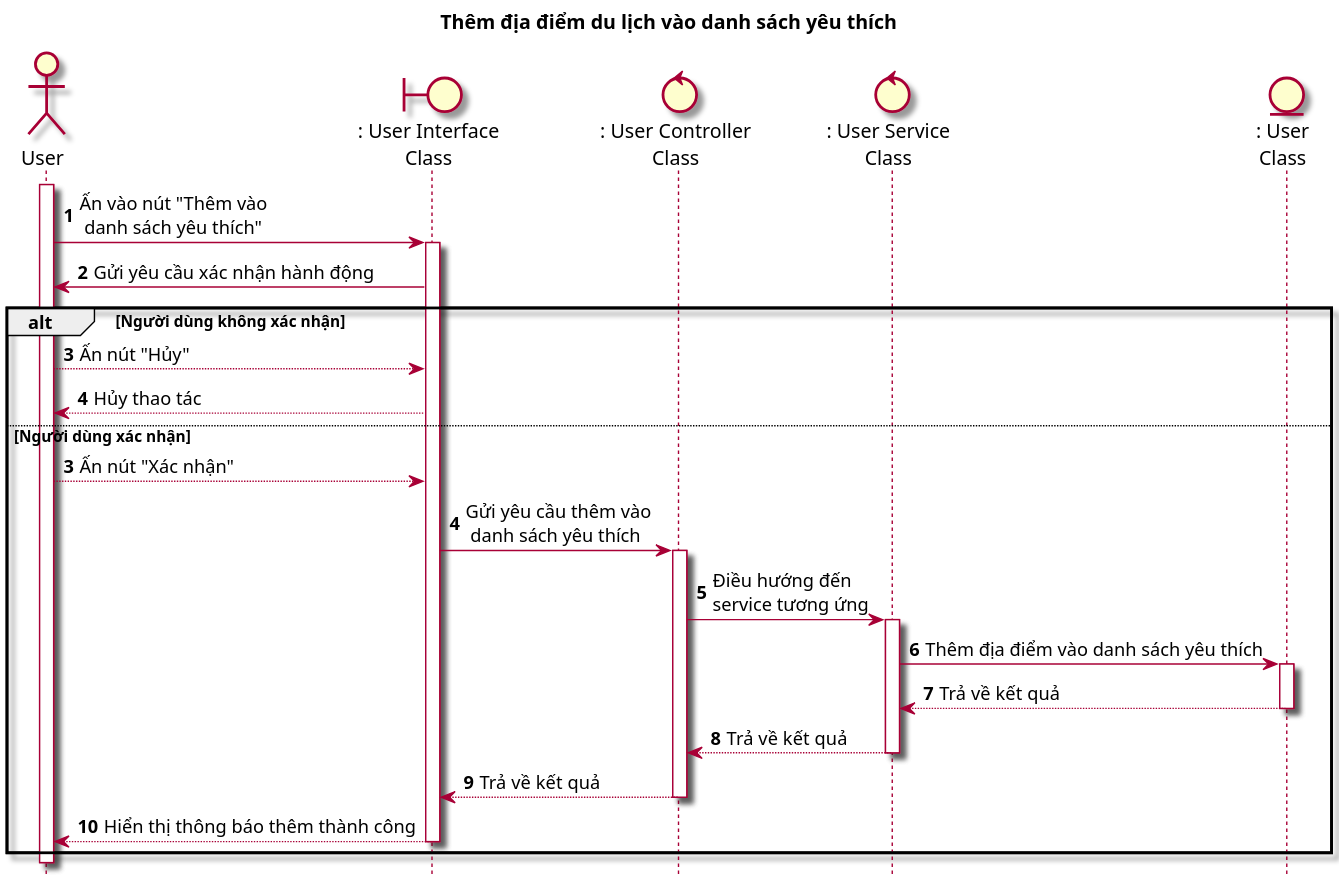
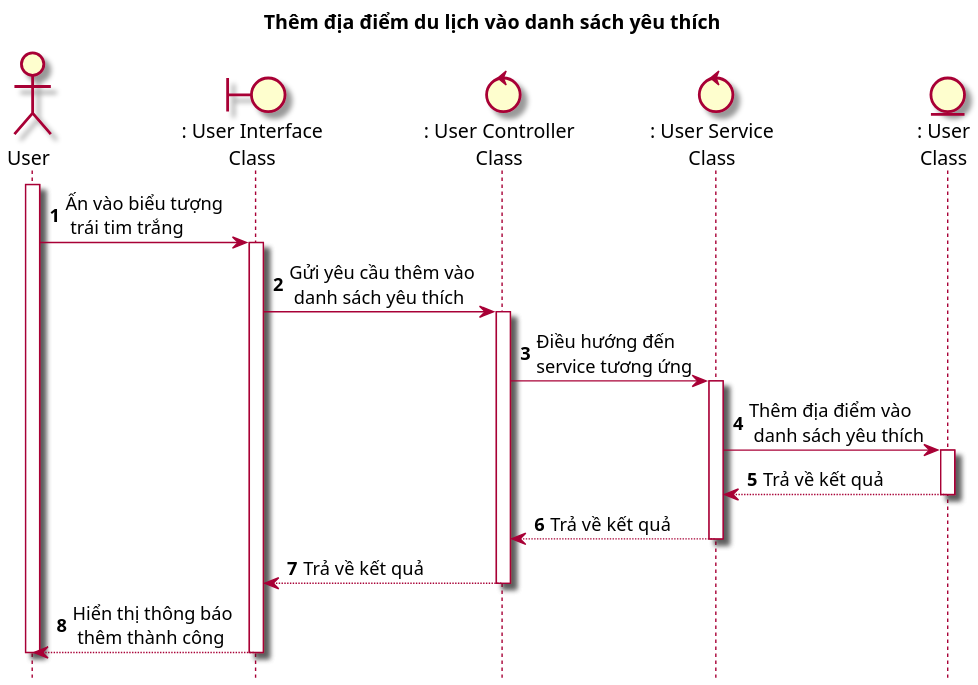
The diagram in Sequence/SEQ17_AddFavoritePlace.puml (Griselda4774/WanderFun_Diagram), drawn with PlantUML before and after one commit. The commit also changed 2 other files, not shown here.

Commit message:
minor changes to some seq diagram

```diff
--- a/Sequence/SEQ17_AddFavoritePlace.puml
+++ b/Sequence/SEQ17_AddFavoritePlace.puml
@@ -1,39 +1,31 @@
 @startuml AddFavoritePlace
 
     title Thêm địa điểm du lịch vào danh sách yêu thích
 
     skin rose
     scale 2
     hide footbox
 
     actor User as user
     boundary ": User Interface\nClass" as ui
     control ": User Controller\nClass" as uc
     control ": User Service\nClass" as us
     entity ": User\nClass" as u
 
     autonumber
     user++
-    user -> ui++ : Ấn vào nút "Thêm vào \n danh sách yêu thích"
-    ui -> user : Gửi yêu cầu xác nhận hành động
-    alt Người dùng không xác nhận
-        user --> ui : Ấn nút "Hủy"
-        ui --> user : Hủy thao tác
-    else Người dùng xác nhận
-        autonumber 3
-        user --> ui: Ấn nút "Xác nhận"
-        ui -> uc++ : Gửi yêu cầu thêm vào \n danh sách yêu thích
-        uc -> us++ : Điều hướng đến\nservice tương ứng
-        us -> u++ : Thêm địa điểm vào danh sách yêu thích
-        u --> us : Trả về kết quả
-        u --
-        us --> uc : Trả về kết quả
-        us --
-        uc --> ui : Trả về kết quả
-        uc --
-        ui --> user : Hiển thị thông báo thêm thành công
-        ui --
-    end
+    user -> ui++ : Ấn vào biểu tượng\n trái tim trắng
+    ui -> uc++ : Gửi yêu cầu thêm vào \n danh sách yêu thích
+    uc -> us++ : Điều hướng đến\nservice tương ứng
+    us -> u++ : Thêm địa điểm vào\n danh sách yêu thích
+    u --> us : Trả về kết quả
+    u --
+    us --> uc : Trả về kết quả
+    us --
+    uc --> ui : Trả về kết quả
+    uc --
+    ui --> user : Hiển thị thông báo\n thêm thành công
+    ui --
     user--
 
 @enduml
```
